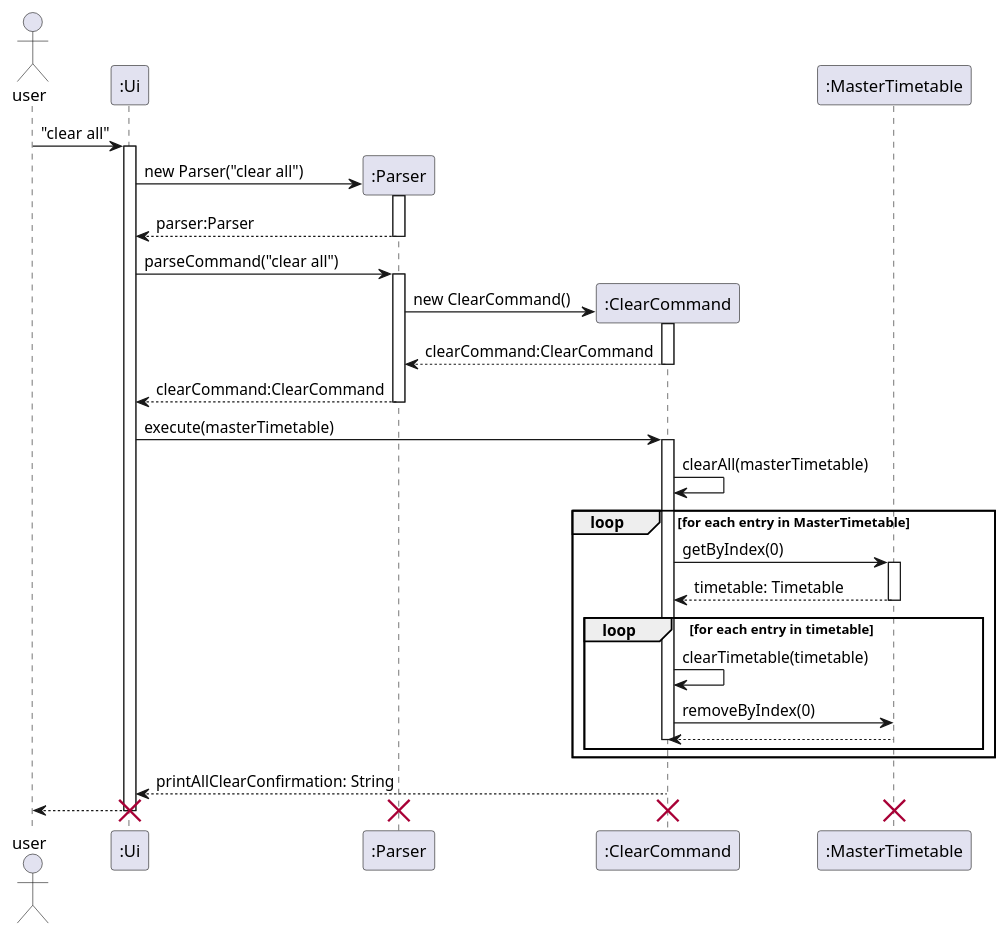
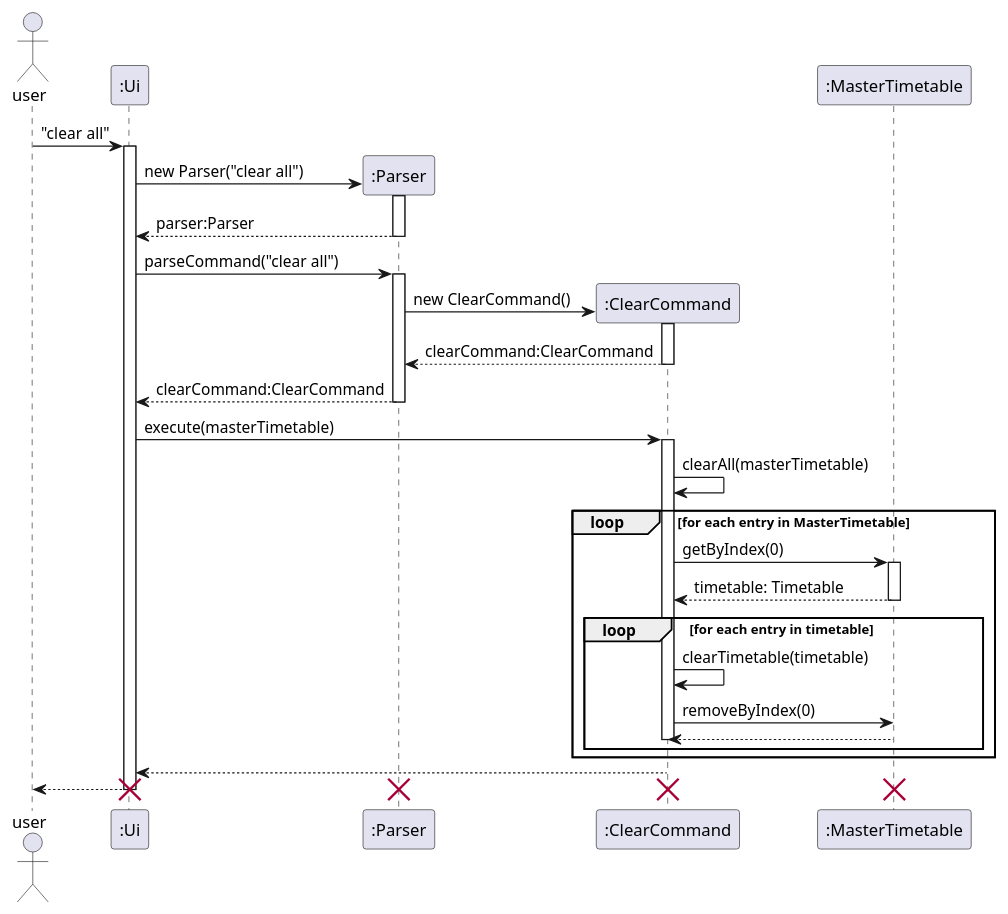
Before and after one commit to nus-cs2113-AY2122S2/tp: the diagram in docs/diagrams/ClearCommandSequenceDiagram.puml, drawn with PlantUML. The commit also changed 1 other file, not shown here.

Commit message:
Edit ClearCommand sequence diagram

```diff
--- a/docs/diagrams/ClearCommandSequenceDiagram.puml
+++ b/docs/diagrams/ClearCommandSequenceDiagram.puml
@@ -1,32 +1,32 @@
 @startuml
 actor user
 
 user -> ":Ui" ++ : "clear all"
 create ":Parser"
 ":Ui" -> ":Parser" ++: new Parser("clear all")
 ":Parser" --> ":Ui" --: parser:Parser
 ":Ui" -> ":Parser" ++: parseCommand("clear all")
 create ":ClearCommand"
 ":Parser" -> ":ClearCommand" ++: new ClearCommand()
 ":ClearCommand" --> ":Parser" --: clearCommand:ClearCommand
 ":Parser" --> ":Ui" --: clearCommand:ClearCommand
 ":Ui" -> ":ClearCommand" ++: execute(masterTimetable)
 ":ClearCommand" -> ":ClearCommand": clearAll(masterTimetable)
 loop for each entry in MasterTimetable
 ":ClearCommand" -> ":MasterTimetable" ++: getByIndex(0)
 ":MasterTimetable" --> ":ClearCommand" -- : timetable: Timetable
 loop for each entry in timetable
 ":ClearCommand" -> ":ClearCommand": clearTimetable(timetable)
 ":ClearCommand" -> ":MasterTimetable" : removeByIndex(0)
 ":MasterTimetable" --> ":ClearCommand" :
 deactivate ":ClearCommand"
 end
 end
 
-":ClearCommand" --> ":Ui" --: printAllClearConfirmation: String
+":ClearCommand" --> ":Ui" --: 
 ":Ui" --> user
 destroy ":ClearCommand"
 destroy ":Parser"
 destroy ":MasterTimetable"
 destroy ":Ui"
 @enduml
```
